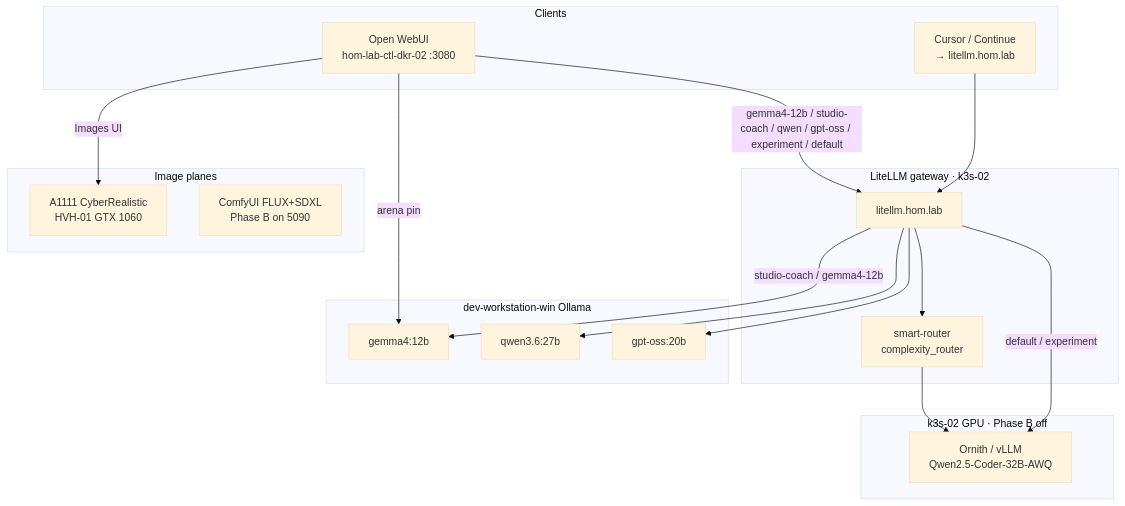
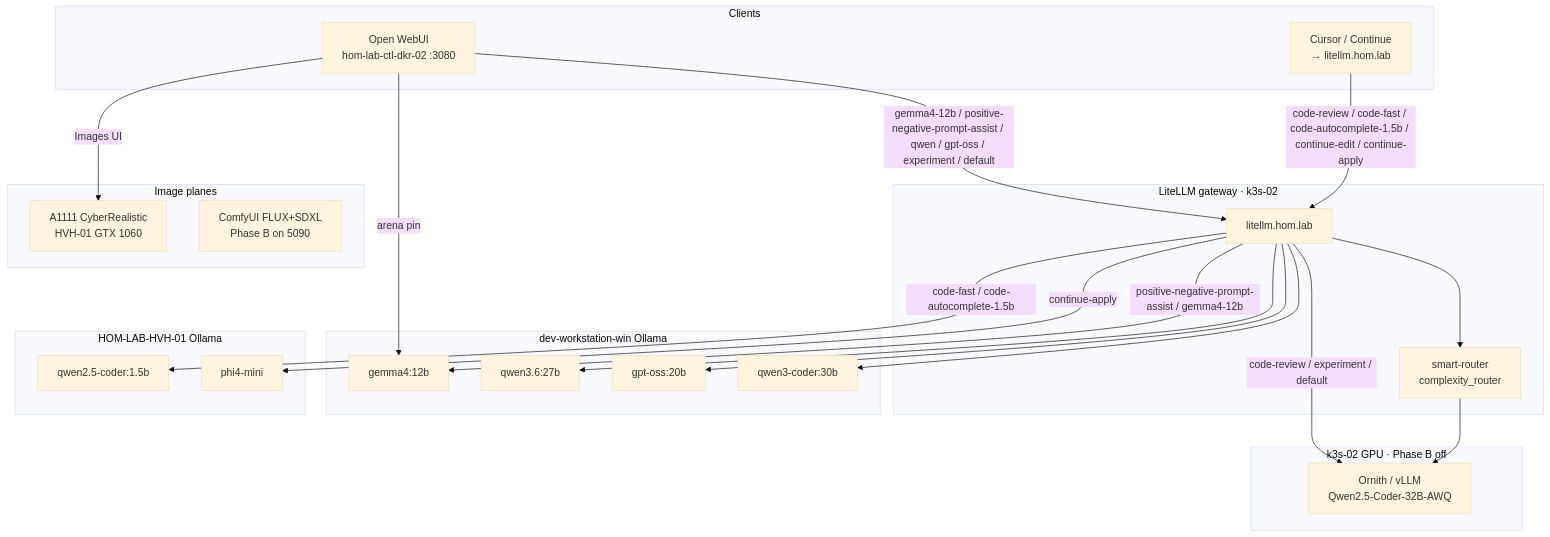
One commit to doesitscript/dotfile-vnext changed the first of 3 diagrams in docs/plans/2026-08-06--open-webui-litellm-model-route-diagrams-implemented/README.md. Above: the diagram before and after it, drawn with Mermaid (base theme). The commit also changed other lines of this file and 69 other files, not shown here.

Commit message:
feat(ai-stack): add coding routes and rename prompt-assist lane

````diff
--- a/docs/plans/2026-08-06--open-webui-litellm-model-route-diagrams-implemented/README.md
+++ b/docs/plans/2026-08-06--open-webui-litellm-model-route-diagrams-implemented/README.md
@@ -171,38 +207,47 @@
 ```mermaid
 flowchart TB
   subgraph clients["Clients"]
     owui["Open WebUI\nhom-lab-ctl-dkr-02 :3080"]
     cursor["Cursor / Continue\n→ litellm.hom.lab"]
   end
 
   subgraph gw["LiteLLM gateway · k3s-02"]
     litellm["litellm.hom.lab"]
     sr["smart-router\ncomplexity_router"]
   end
 
   subgraph desktop["dev-workstation-win Ollama"]
     gemma["gemma4:12b"]
     qwen["qwen3.6:27b"]
     gptoss["gpt-oss:20b"]
+    qwenCoder["qwen3-coder:30b"]
   end
 
   subgraph k3s_gpu["k3s-02 GPU · Phase B off"]
     ornith["Ornith / vLLM\nQwen2.5-Coder-32B-AWQ"]
+  end
+
+  subgraph hvh01_ollama["HOM-LAB-HVH-01 Ollama"]
+    auto15["qwen2.5-coder:1.5b"]
+    phi4["phi4-mini"]
   end
 
   subgraph pixels["Image planes"]
     a1111["A1111 CyberRealistic\nHVH-01 GTX 1060"]
     comfy["ComfyUI FLUX+SDXL\nPhase B on 5090"]
   end
 
-  owui -->|"gemma4-12b / studio-coach / qwen / gpt-oss / experiment / default"| litellm
+  owui -->|"gemma4-12b / positive-negative-prompt-assist / qwen / gpt-oss / experiment / default"| litellm
   owui -->|"arena pin"| gemma
   owui -->|"Images UI"| a1111
-  cursor --> litellm
-  litellm -->|"studio-coach / gemma4-12b"| gemma
+  cursor -->|"code-review / code-fast / code-autocomplete-1.5b / continue-edit / continue-apply"| litellm
+  litellm -->|"positive-negative-prompt-assist / gemma4-12b"| gemma
   litellm --> qwen
   litellm --> gptoss
+  litellm --> qwenCoder
+  litellm -->|"code-review / experiment / default"| ornith
+  litellm -->|"code-fast / code-autocomplete-1.5b"| auto15
+  litellm -->|"continue-apply"| phi4
   litellm --> sr
   sr --> ornith
-  litellm -->|"default / experiment"| ornith
 ```
````
